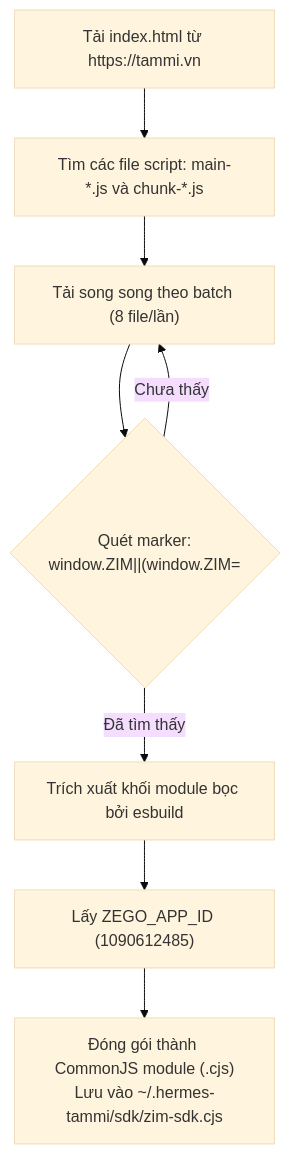
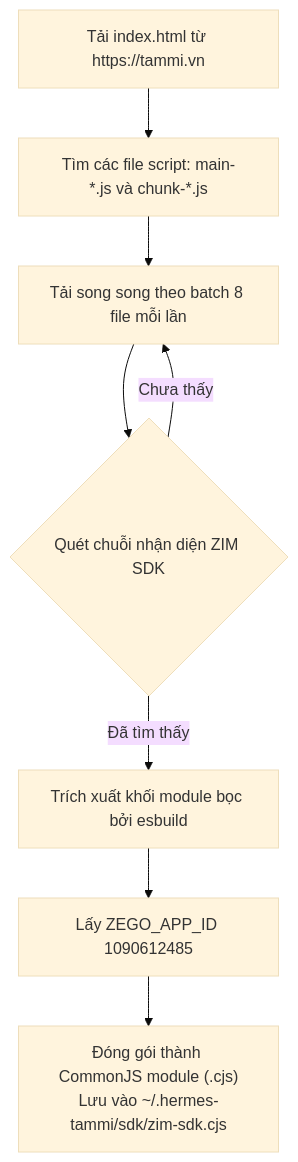
The first of 2 diagrams in 05-sdk-extraction-and-auth-guide.md (dichvuright/TammiApi), drawn with Mermaid (base theme) before and after one commit. The commit also changed other lines of this file and 1 other file, not shown here.

Commit message:
fix(docs): fix Mermaid diagram syntax for GitHub renderer

````diff
--- a/05-sdk-extraction-and-auth-guide.md
+++ b/05-sdk-extraction-and-auth-guide.md
@@ -11,10 +11,10 @@
 ```mermaid
 flowchart TD
     A["Tải index.html từ https://tammi.vn"] --> B["Tìm các file script: main-*.js và chunk-*.js"]
-    B --> C["Tải song song theo batch (8 file/lần)"]
-    C --> D{"Quét marker:\nwindow.ZIM||(window.ZIM="}
-    D -- Chưa thấy --> C
-    D -- Đã tìm thấy --> E["Trích xuất khối module bọc bởi esbuild"]
-    E --> F["Lấy ZEGO_APP_ID (1090612485)"]
-    F --> G["Đóng gói thành CommonJS module (.cjs)\nLưu vào ~/.hermes-tammi/sdk/zim-sdk.cjs"]
+    B --> C["Tải song song theo batch 8 file mỗi lần"]
+    C --> D{"Quét chuỗi nhận diện ZIM SDK"}
+    D -- "Chưa thấy" --> C
+    D -- "Đã tìm thấy" --> E["Trích xuất khối module bọc bởi esbuild"]
+    E --> F["Lấy ZEGO_APP_ID 1090612485"]
+    F --> G["Đóng gói thành CommonJS module (.cjs)<br/>Lưu vào ~/.hermes-tammi/sdk/zim-sdk.cjs"]
 ```
````
